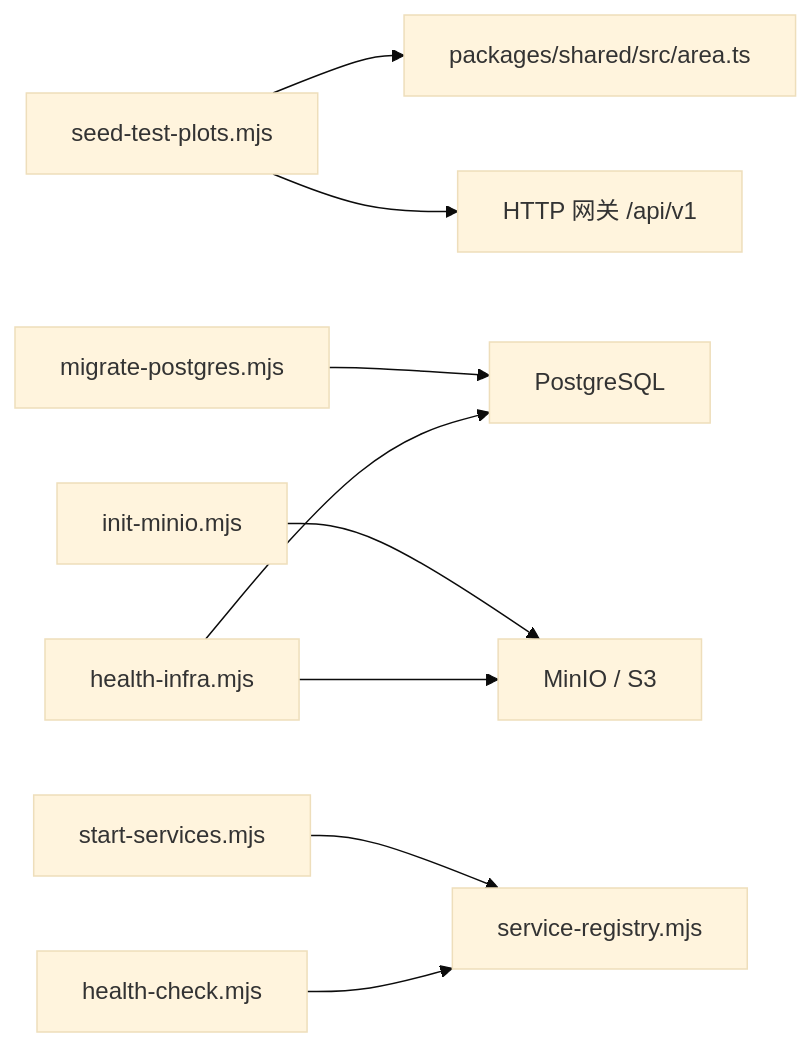
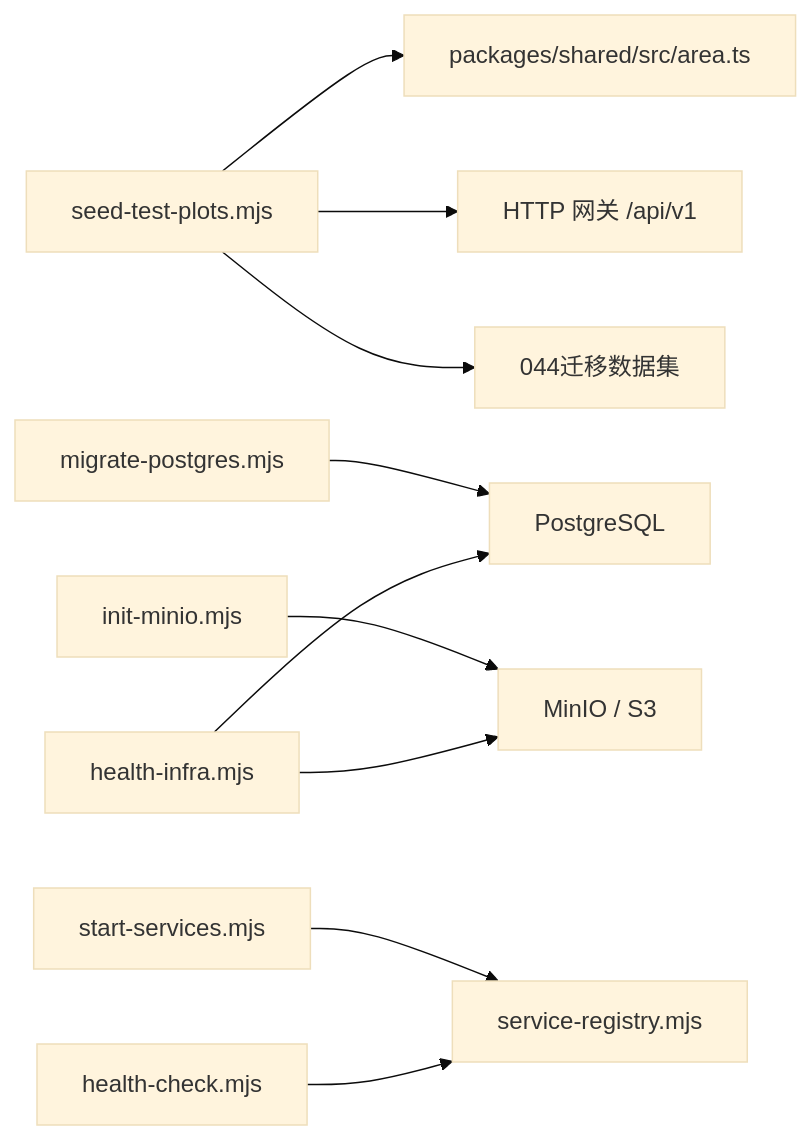
The sixth of 6 diagrams in .qoder/repowiki/zh/content/基础设施/运维脚本/测试数据管理脚本.md (q446328246/agri-platform), drawn with Mermaid (base theme) before and after one commit. The commit also changed other lines of this file and 46 other files, not shown here.

````diff
--- a/.qoder/repowiki/zh/content/基础设施/运维脚本/测试数据管理脚本.md
+++ b/.qoder/repowiki/zh/content/基础设施/运维脚本/测试数据管理脚本.md
@@ -286,11 +315,12 @@
 ```mermaid
 graph LR
 Seed["seed-test-plots.mjs"] --> Shared["packages/shared/src/area.ts"]
 Seed --> Gateway["HTTP 网关 /api/v1"]
+Seed --> Migration["044迁移数据集"]
 Migrate["migrate-postgres.mjs"] --> Postgres["PostgreSQL"]
 InitMinIO["init-minio.mjs"] --> MinIO["MinIO / S3"]
 Start["start-services.mjs"] --> Registry["service-registry.mjs"]
 Health["health-check.mjs"] --> Registry
 InfraHealth["health-infra.mjs"] --> Postgres
 InfraHealth --> MinIO
 ```
````
